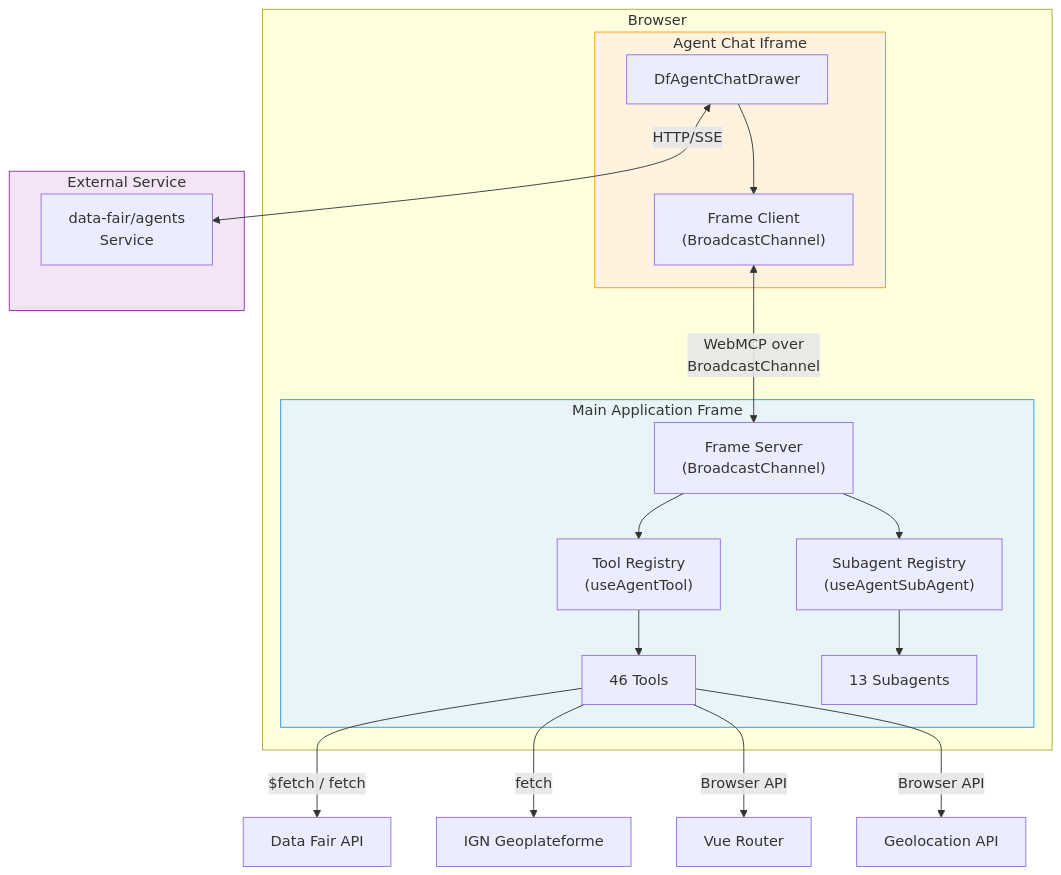
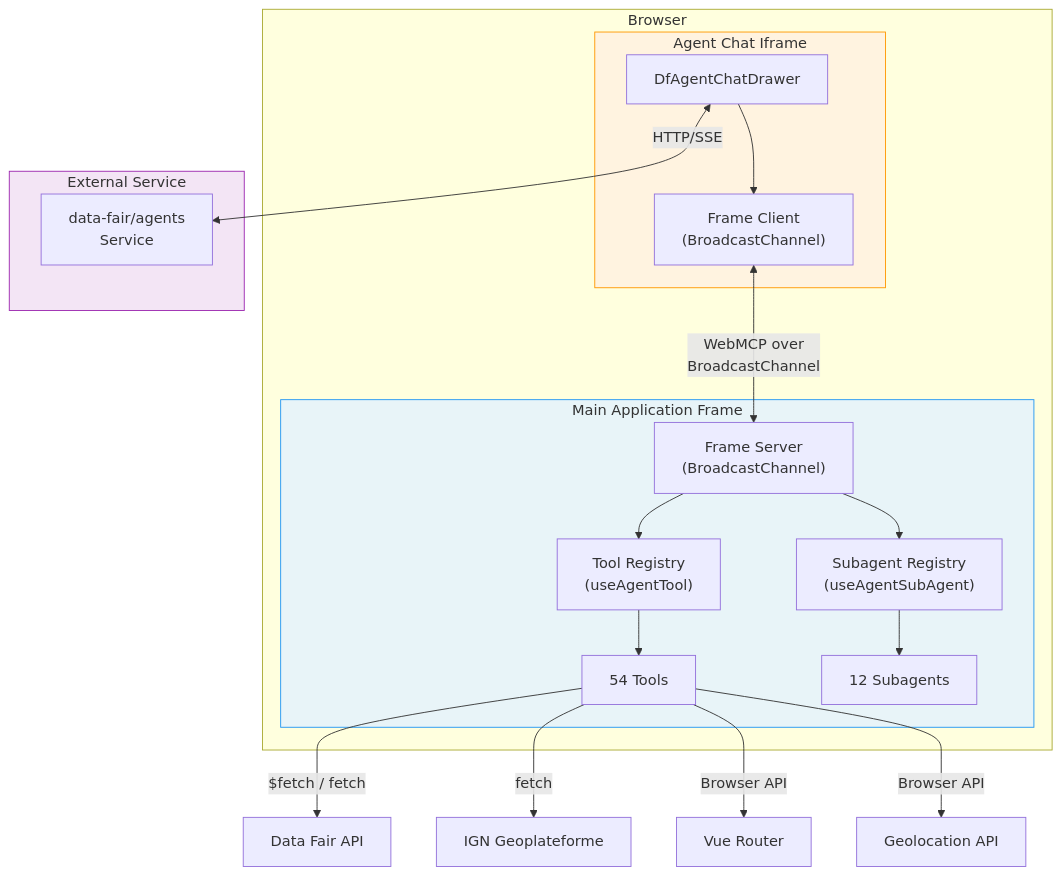
Before and after one commit to data-fair/data-fair: the first of 3 diagrams in docs/architecture/agent-integration.md, drawn with Mermaid. The commit also changed other lines of this file and 4 other files, not shown here.

````diff
--- a/docs/architecture/agent-integration.md
+++ b/docs/architecture/agent-integration.md
@@ -31,34 +31,34 @@
 ```mermaid
 graph TB
     subgraph Browser
         subgraph MainFrame["Main Application Frame"]
             FS["Frame Server<br/>(BroadcastChannel)"]
             TR["Tool Registry<br/>(useAgentTool)"]
             SR["Subagent Registry<br/>(useAgentSubAgent)"]
-            Tools["46 Tools"]
-            SubAgents["13 Subagents"]
+            Tools["54 Tools"]
+            SubAgents["12 Subagents"]
             TR --> Tools
             SR --> SubAgents
             FS --> TR
             FS --> SR
         end
         subgraph ChatIframe["Agent Chat Iframe"]
             CD["DfAgentChatDrawer"]
             FC["Frame Client<br/>(BroadcastChannel)"]
             CD --> FC
         end
         FC <-->|"WebMCP over<br/>BroadcastChannel"| FS
     end
     subgraph External["External Service"]
         AS["data-fair/agents<br/>Service"]
     end
     CD <-->|"HTTP/SSE"| AS
     Tools -->|"$fetch / fetch"| API["Data Fair API"]
     Tools -->|"fetch"| GEO["IGN Geoplateforme"]
     Tools -->|"Browser API"| NAV["Vue Router"]
     Tools -->|"Browser API"| GEOLOC["Geolocation API"]
 
     style MainFrame fill:#e8f4f8,stroke:#2196F3
     style ChatIframe fill:#fff3e0,stroke:#FF9800
     style External fill:#f3e5f5,stroke:#9C27B0
 ```
````
